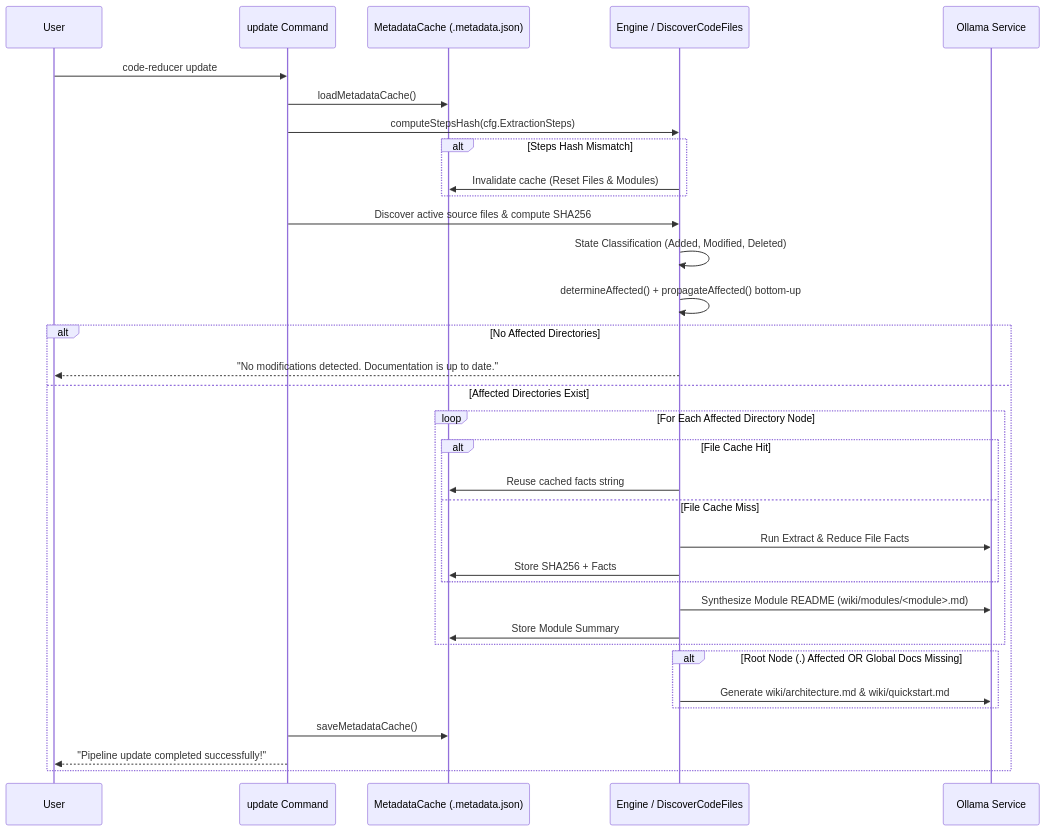
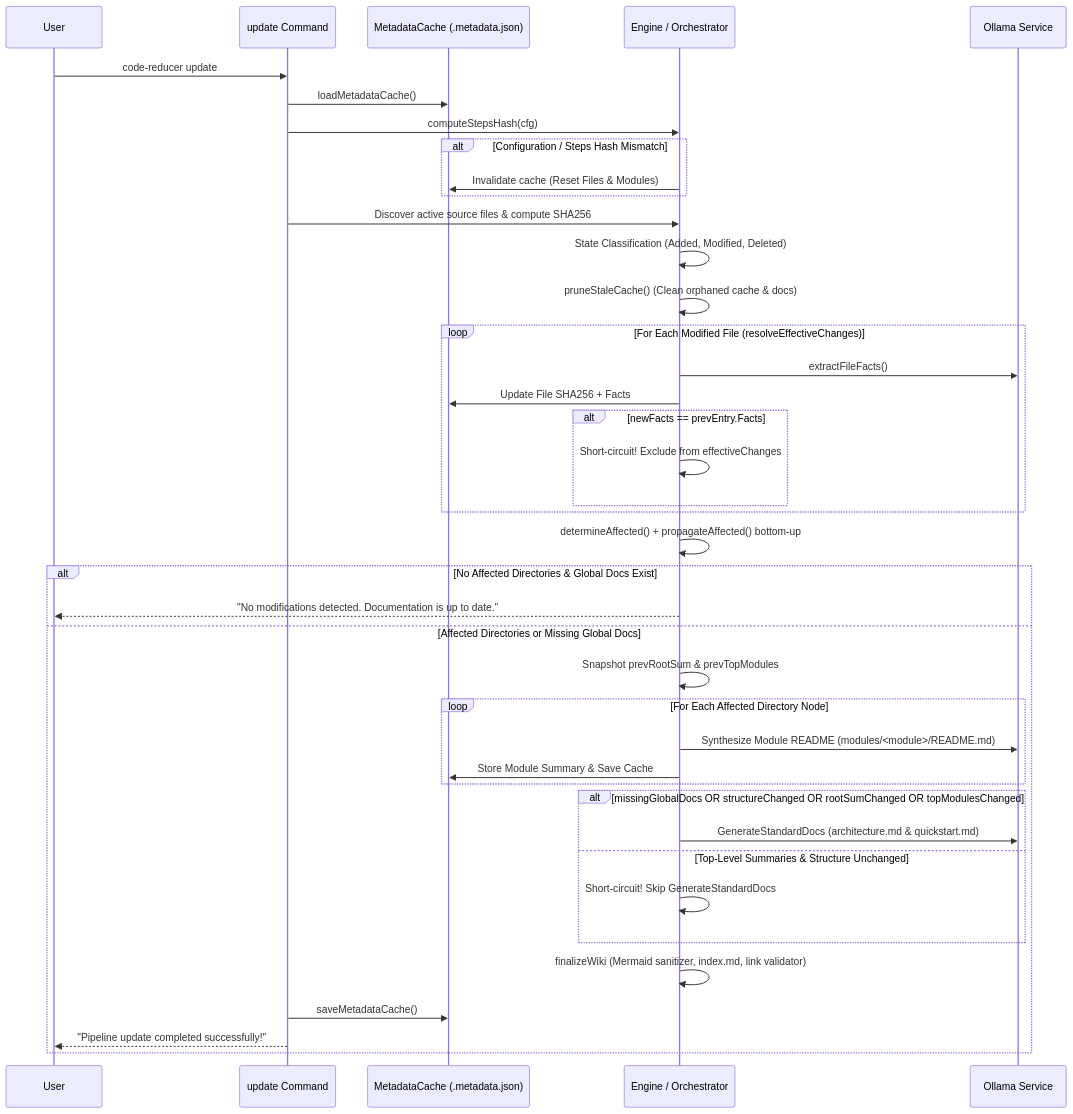
The diagram in gh-pages/map-reduce-caching.md (arrase/code-reducer), drawn with Mermaid before and after one commit. The commit also changed other lines of this file and 29 other files, not shown here.

````diff
--- a/gh-pages/map-reduce-caching.md
+++ b/gh-pages/map-reduce-caching.md
@@ -13,37 +13,43 @@
 ```mermaid
 sequenceDiagram
     participant User
     participant CLI as update Command
     participant Cache as MetadataCache (.metadata.json)
-    participant Engine as Engine / DiscoverCodeFiles
+    participant Engine as Engine / Orchestrator
     participant LLM as Ollama Service
 
     User->>CLI: code-reducer update
     CLI->>Cache: loadMetadataCache()
-    CLI->>Engine: computeStepsHash(cfg.ExtractionSteps)
-    alt Steps Hash Mismatch
+    CLI->>Engine: computeStepsHash(cfg)
+    alt Configuration / Steps Hash Mismatch
         Engine->>Cache: Invalidate cache (Reset Files & Modules)
     end
     CLI->>Engine: Discover active source files & compute SHA256
     Engine->>Engine: State Classification (Added, Modified, Deleted)
+    Engine->>Engine: pruneStaleCache() (Clean orphaned cache & docs)
+    loop For Each Modified File (resolveEffectiveChanges)
+        Engine->>LLM: extractFileFacts()
+        Engine->>Cache: Update File SHA256 + Facts
+        alt newFacts == prevEntry.Facts
+            Engine->>Engine: Short-circuit! Exclude from effectiveChanges
+        end
+    end
     Engine->>Engine: determineAffected() + propagateAffected() bottom-up
-    alt No Affected Directories
+    alt No Affected Directories & Global Docs Exist
         Engine-->>User: "No modifications detected. Documentation is up to date."
-    else Affected Directories Exist
+    else Affected Directories or Missing Global Docs
+        Engine->>Engine: Snapshot prevRootSum & prevTopModules
         loop For Each Affected Directory Node
-            alt File Cache Hit
-                Engine->>Cache: Reuse cached facts string
-            else File Cache Miss
-                Engine->>LLM: Run Extract & Reduce File Facts
-                Engine->>Cache: Store SHA256 + Facts
-            end
-            Engine->>LLM: Synthesize Module README (wiki/modules/<module>.md)
-            Engine->>Cache: Store Module Summary
+            Engine->>LLM: Synthesize Module README (modules/<module>/README.md)
+            Engine->>Cache: Store Module Summary & Save Cache
         end
-        alt Root Node (.) Affected OR Global Docs Missing
-            Engine->>LLM: Generate wiki/architecture.md & wiki/quickstart.md
+        alt missingGlobalDocs OR structureChanged OR rootSumChanged OR topModulesChanged
+            Engine->>LLM: GenerateStandardDocs (architecture.md & quickstart.md)
+        else Top-Level Summaries & Structure Unchanged
+            Engine->>Engine: Short-circuit! Skip GenerateStandardDocs
         end
+        Engine->>Engine: finalizeWiki (Mermaid sanitizer, index.md, link validator)
         CLI->>Cache: saveMetadataCache()
         CLI-->>User: "Pipeline update completed successfully!"
     end
 ```
````
